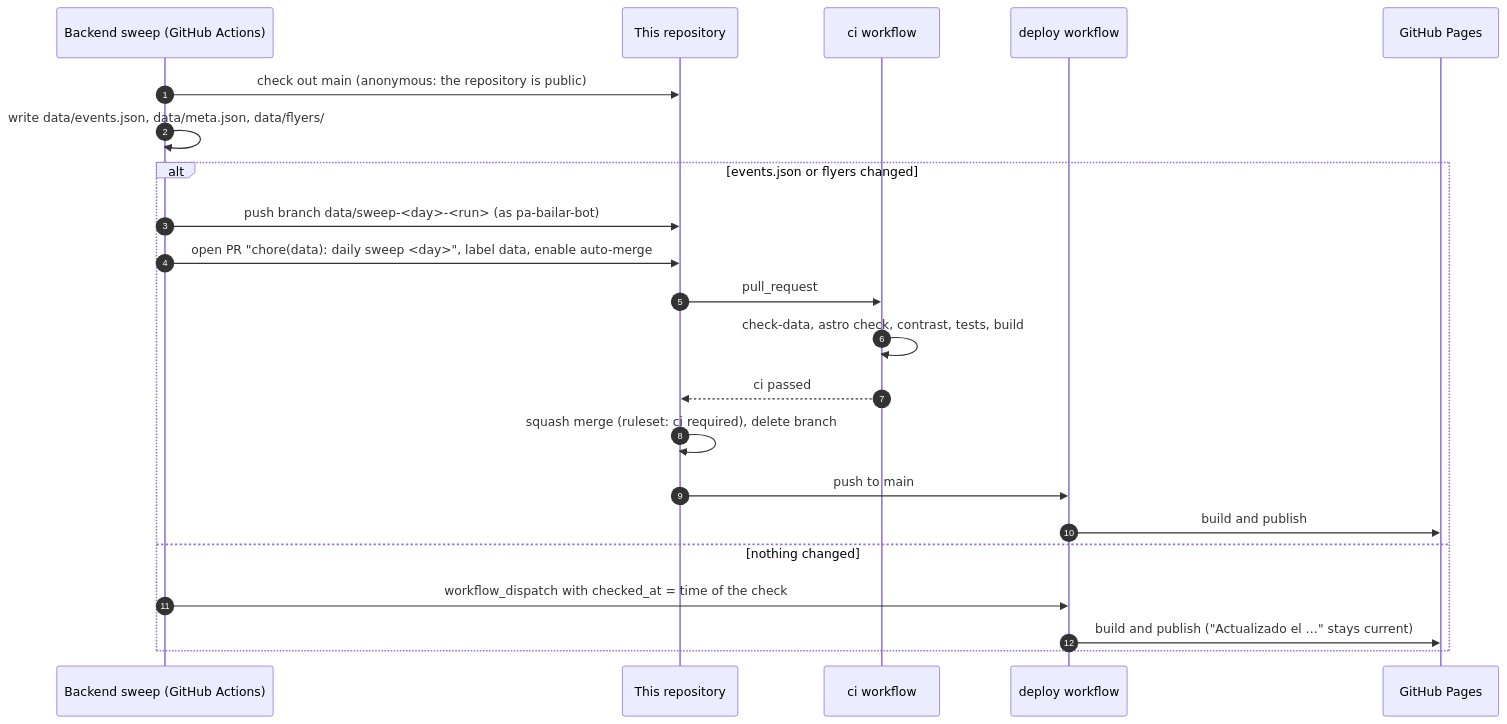
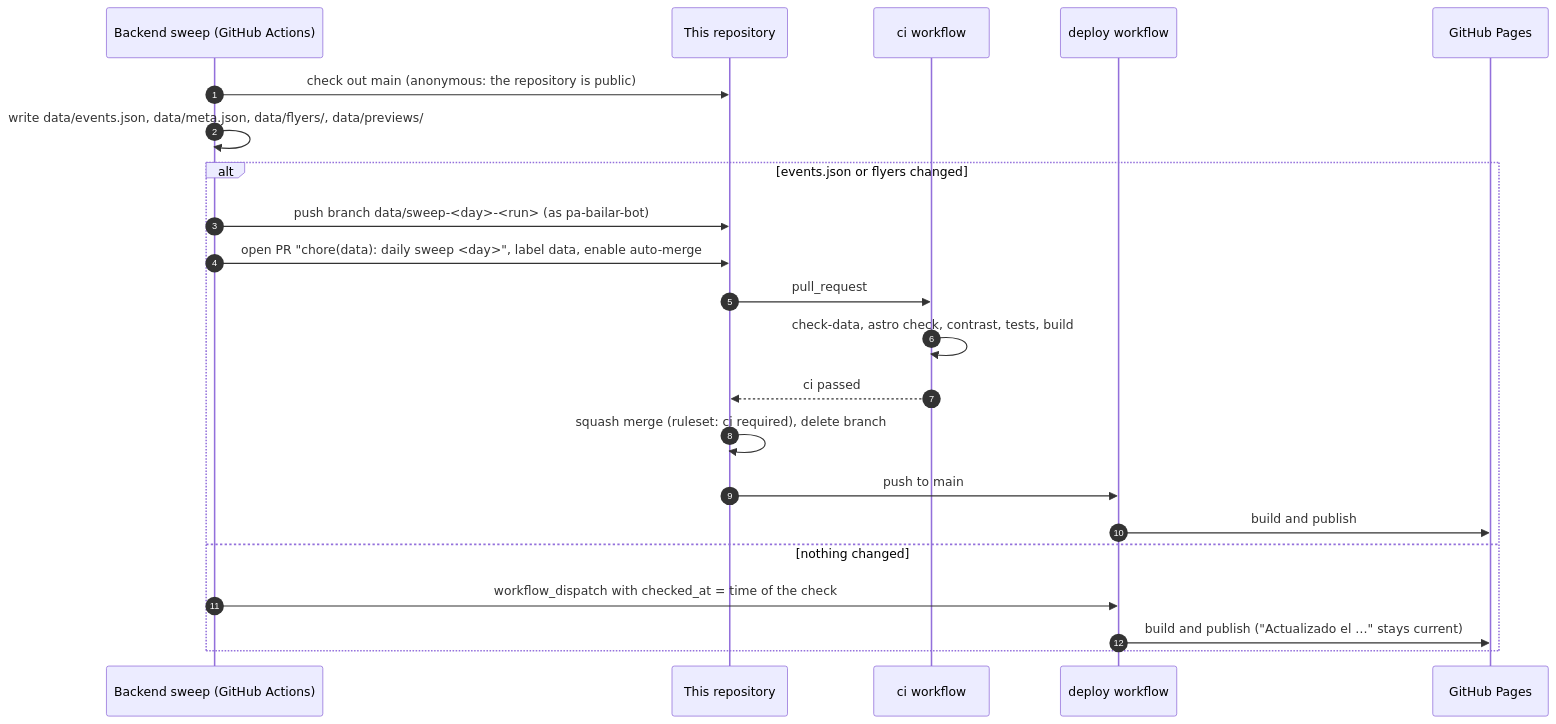
The second of 7 diagrams in docs/ARCHITECTURE.md (pa-bailar/pa-bailar.github.io), drawn with Mermaid before and after one commit. The commit also changed other lines of this file and 15 other files, not shown here.

````diff
--- a/docs/ARCHITECTURE.md
+++ b/docs/ARCHITECTURE.md
@@ -78,25 +79,25 @@
 ```mermaid
 sequenceDiagram
     autonumber
     participant B as Backend sweep (GitHub Actions)
     participant R as This repository
     participant CI as ci workflow
     participant D as deploy workflow
     participant P as GitHub Pages
 
     B->>R: check out main (anonymous: the repository is public)
-    B->>B: write data/events.json, data/meta.json, data/flyers/
+    B->>B: write data/events.json, data/meta.json, data/flyers/, data/previews/
     alt events.json or flyers changed
         B->>R: push branch data/sweep-<day>-<run> (as pa-bailar-bot)
         B->>R: open PR "chore(data): daily sweep <day>", label data, enable auto-merge
         R->>CI: pull_request
         CI->>CI: check-data, astro check, contrast, tests, build
         CI-->>R: ci passed
         R->>R: squash merge (ruleset: ci required), delete branch
         R->>D: push to main
         D->>P: build and publish
     else nothing changed
         B->>D: workflow_dispatch with checked_at = time of the check
         D->>P: build and publish ("Actualizado el …" stays current)
     end
 ```
````
